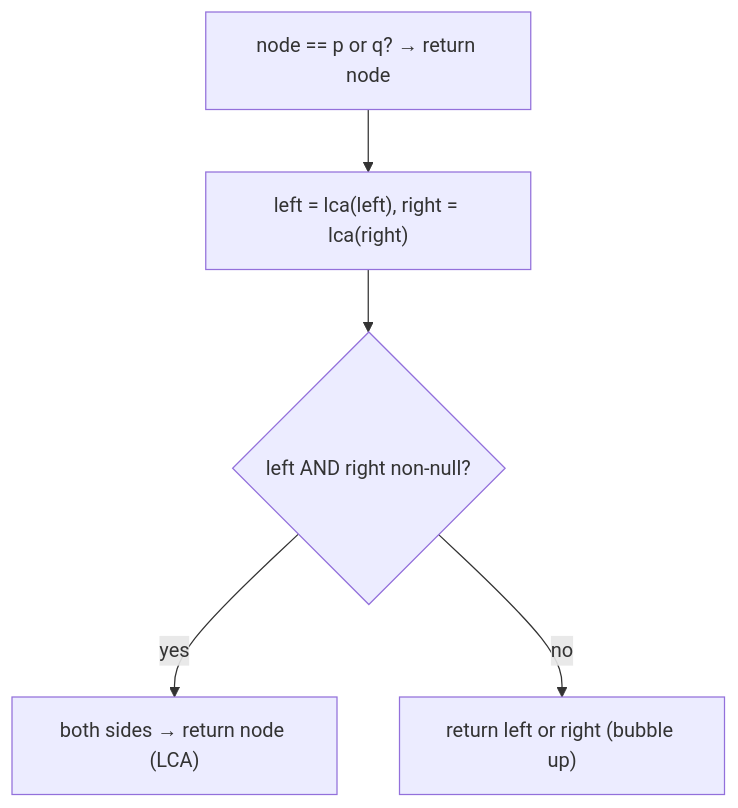
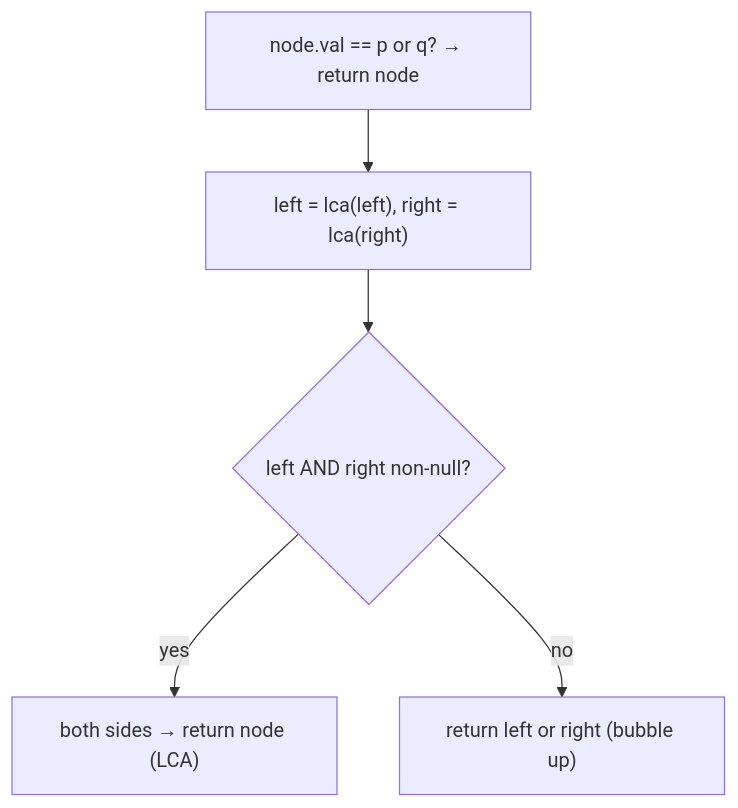
One commit to ani2fun/cortex changed the diagram in content/cortex/data-structures-and-algorithms/03-trees/01-binary-tree/17-pattern-lowest-common-ancestor/01-pattern.md. Above: the diagram before and after it, drawn with Mermaid. The commit also changed other lines of this file and 348 other files, not shown here.

````diff
--- a/content/cortex/data-structures-and-algorithms/03-trees/01-binary-tree/17-pattern-lowest-common-ancestor/01-pattern.md
+++ b/content/cortex/data-structures-and-algorithms/03-trees/01-binary-tree/17-pattern-lowest-common-ancestor/01-pattern.md
@@ -56,7 +152,7 @@
 ```mermaid
 flowchart TB
-  A["node == p or q? → return node"] --> B["left = lca(left), right = lca(right)"]
+  A["node.val == p or q? → return node"] --> B["left = lca(left), right = lca(right)"]
   B --> C{"left AND right non-null?"}
   C -->|yes| D["both sides → return node (LCA)"]
   C -->|no| E["return left or right (bubble up)"]
 ```
````
